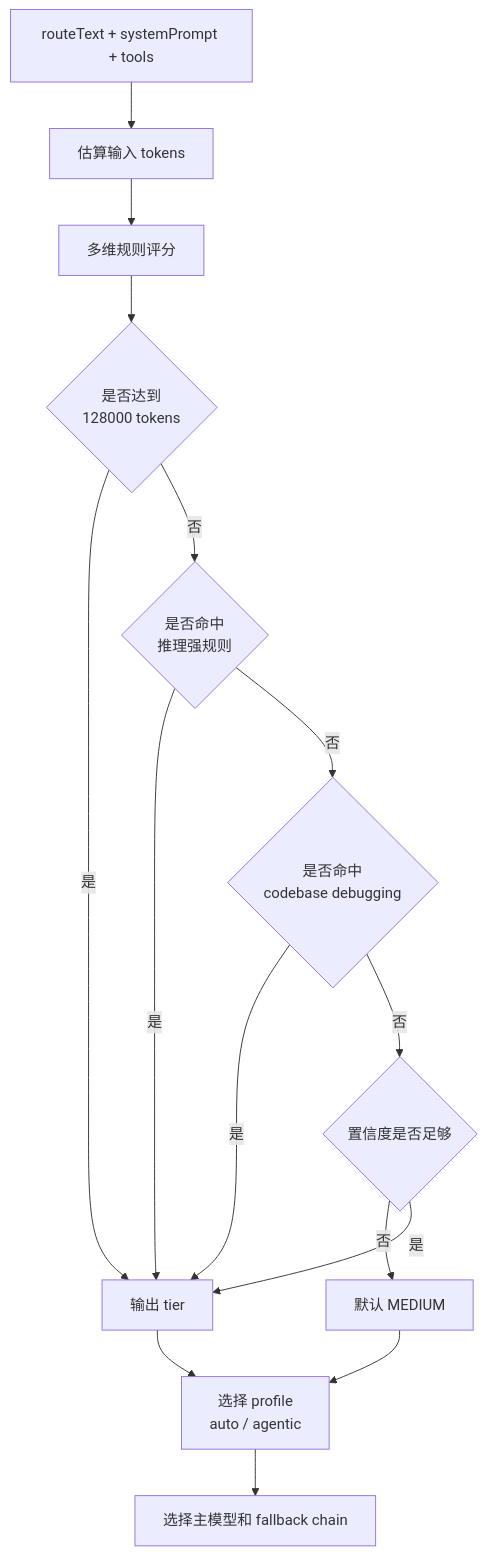
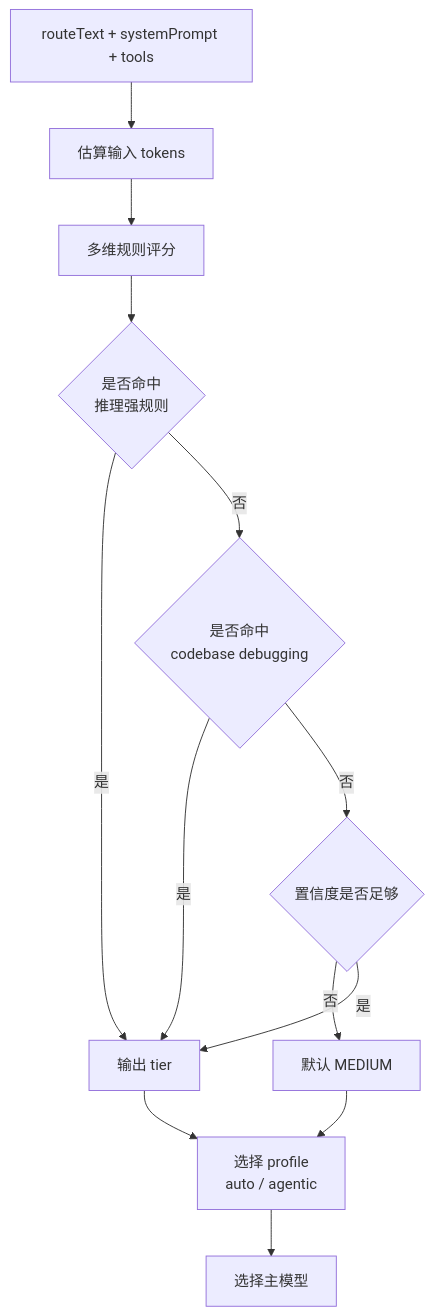
The seventh of 8 diagrams in docs/design.md (Crush12999/deepseek-router-mini), drawn with Mermaid before and after one commit. The commit also changed other lines of this file and 3 other files, not shown here.

````diff
--- a/docs/design.md
+++ b/docs/design.md
@@ -228,24 +224,21 @@
 ```mermaid
 flowchart TD
   input[routeText + systemPrompt + tools]
   estimate[估算输入 tokens]
   score[多维规则评分]
-  force{是否达到<br/>128000 tokens}
   reasoning{是否命中<br/>推理强规则}
   debugging{是否命中<br/>codebase debugging}
   confidence{置信度是否足够}
   fallbackTier[默认 MEDIUM]
   tier[输出 tier]
   profile[选择 profile<br/>auto / agentic]
-  model[选择主模型和 fallback chain]
+  model[选择主模型]
 
-  input --> estimate --> score --> force
-  force -- 是 --> tier
-  force -- 否 --> reasoning
+  input --> estimate --> score --> reasoning
   reasoning -- 是 --> tier
   reasoning -- 否 --> debugging
   debugging -- 是 --> tier
   debugging -- 否 --> confidence
   confidence -- 否 --> fallbackTier --> profile
   confidence -- 是 --> tier --> profile --> model
 ```
````
